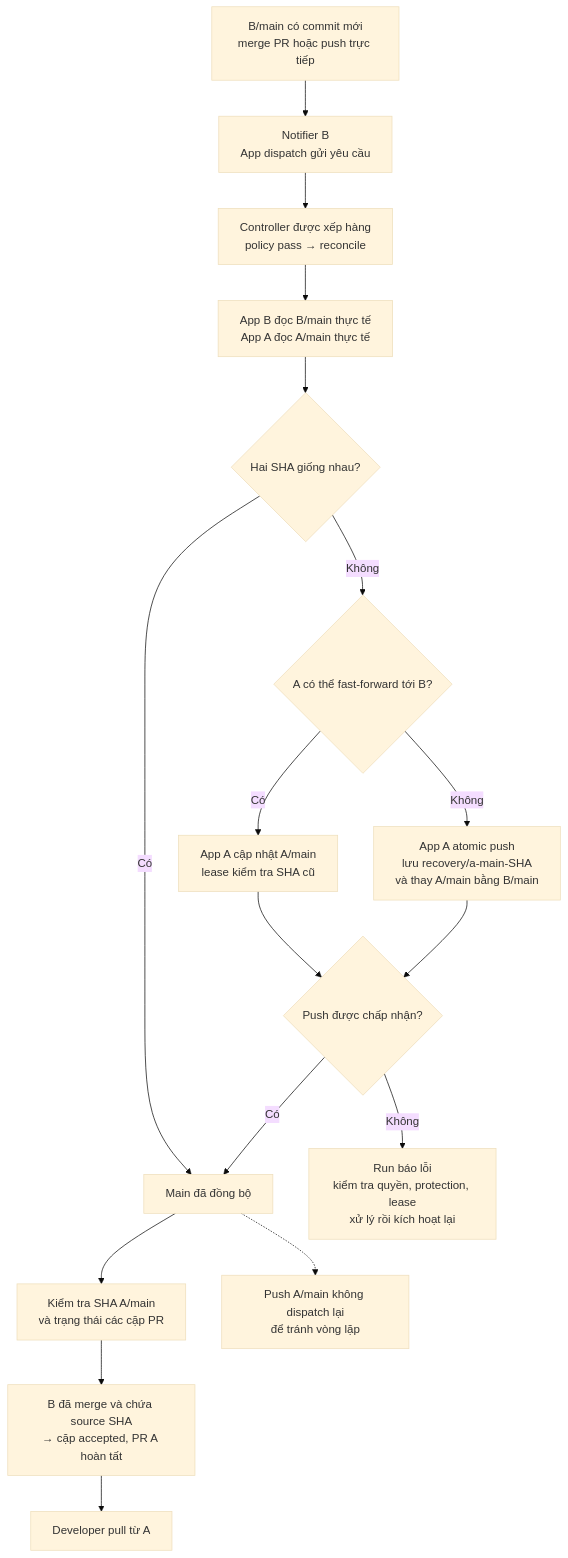
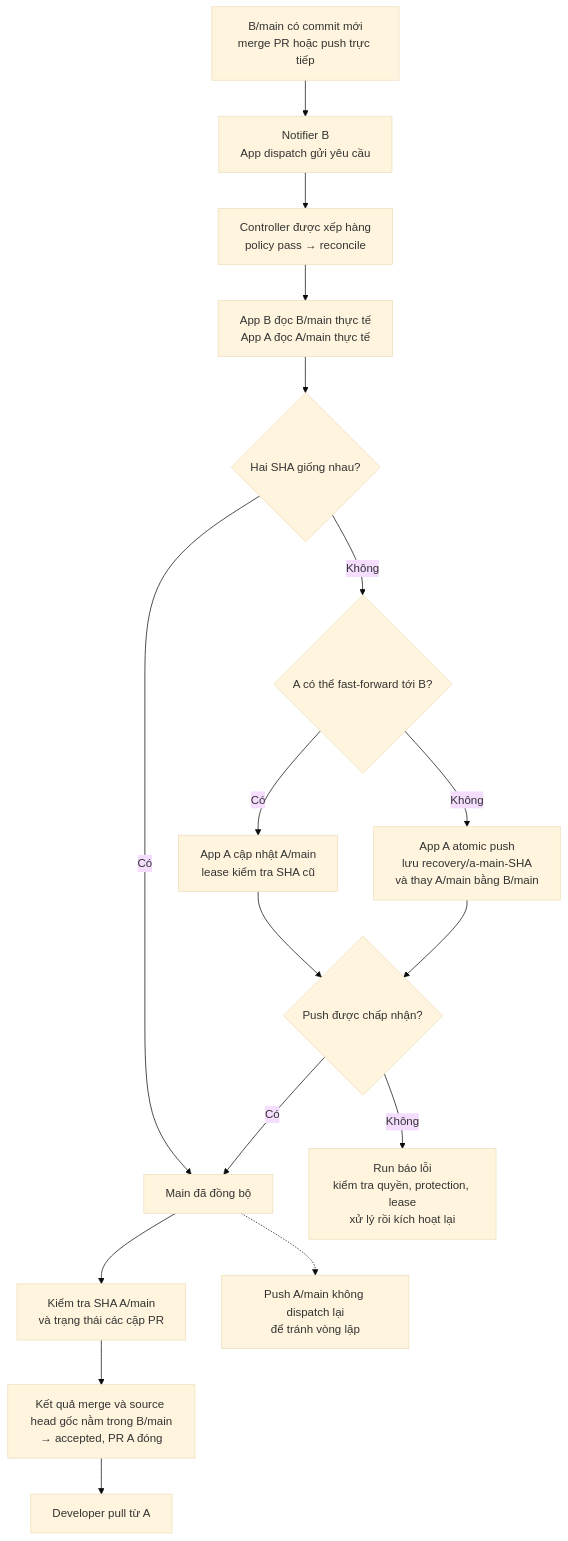
One commit to pho-veteran/github-org-contribution-lab changed the third of 3 diagrams in github-app-setup.md. Above: the diagram before and after it, drawn with Mermaid (base theme). The commit also changed other lines of this file and 4 other files, not shown here.

````diff
--- a/github-app-setup.md
+++ b/github-app-setup.md
@@ -102,19 +102,19 @@
 ```mermaid
 flowchart TD
     P["B/main có commit mới<br/>merge PR hoặc push trực tiếp"] --> N["Notifier B<br/>App dispatch gửi yêu cầu"]
     N --> Q["Controller được xếp hàng<br/>policy pass → reconcile"]
     Q --> R["App B đọc B/main thực tế<br/>App A đọc A/main thực tế"]
     R --> E{"Hai SHA giống nhau?"}
     E -->|Có| S["Main đã đồng bộ"]
     E -->|Không| F{"A có thể fast-forward tới B?"}
     F -->|Có| U["App A cập nhật A/main<br/>lease kiểm tra SHA cũ"]
     F -->|Không| X["App A atomic push<br/>lưu recovery/a-main-SHA<br/>và thay A/main bằng B/main"]
     U --> V{"Push được chấp nhận?"}
     X --> V
     V -->|Không| ERR["Run báo lỗi<br/>kiểm tra quyền, protection, lease<br/>xử lý rồi kích hoạt lại"]
     V -->|Có| S
     S --> CHECK["Kiểm tra SHA A/main<br/>và trạng thái các cặp PR"]
-    CHECK --> DONE["B đã merge và chứa source SHA<br/>→ cặp accepted, PR A hoàn tất"]
+    CHECK --> DONE["Kết quả merge và source head gốc nằm trong B/main<br/>→ accepted, PR A đóng"]
     DONE --> DEV["Developer pull từ A"]
     S -.-> SKIP["Push A/main không dispatch lại<br/>để tránh vòng lặp"]
 ```
````
